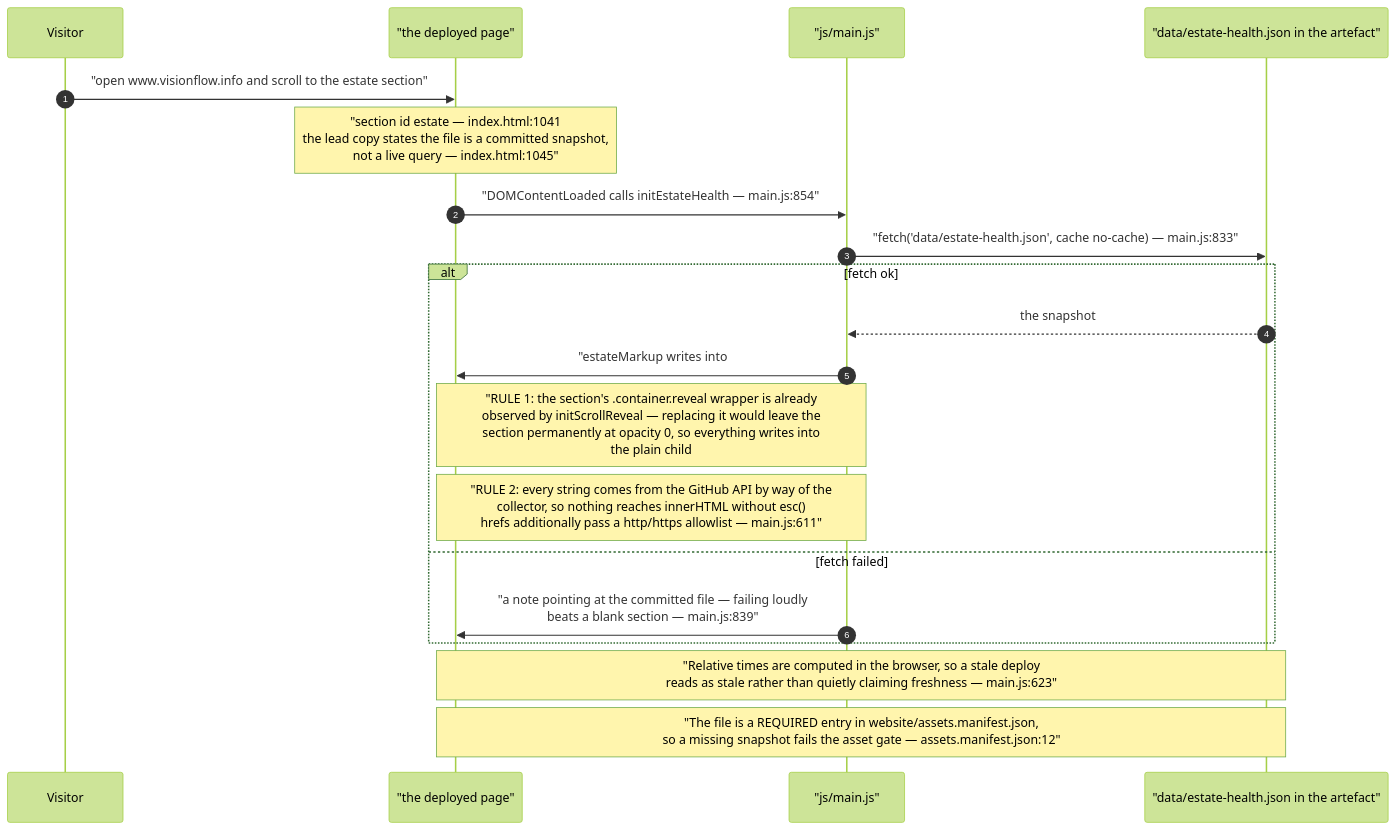
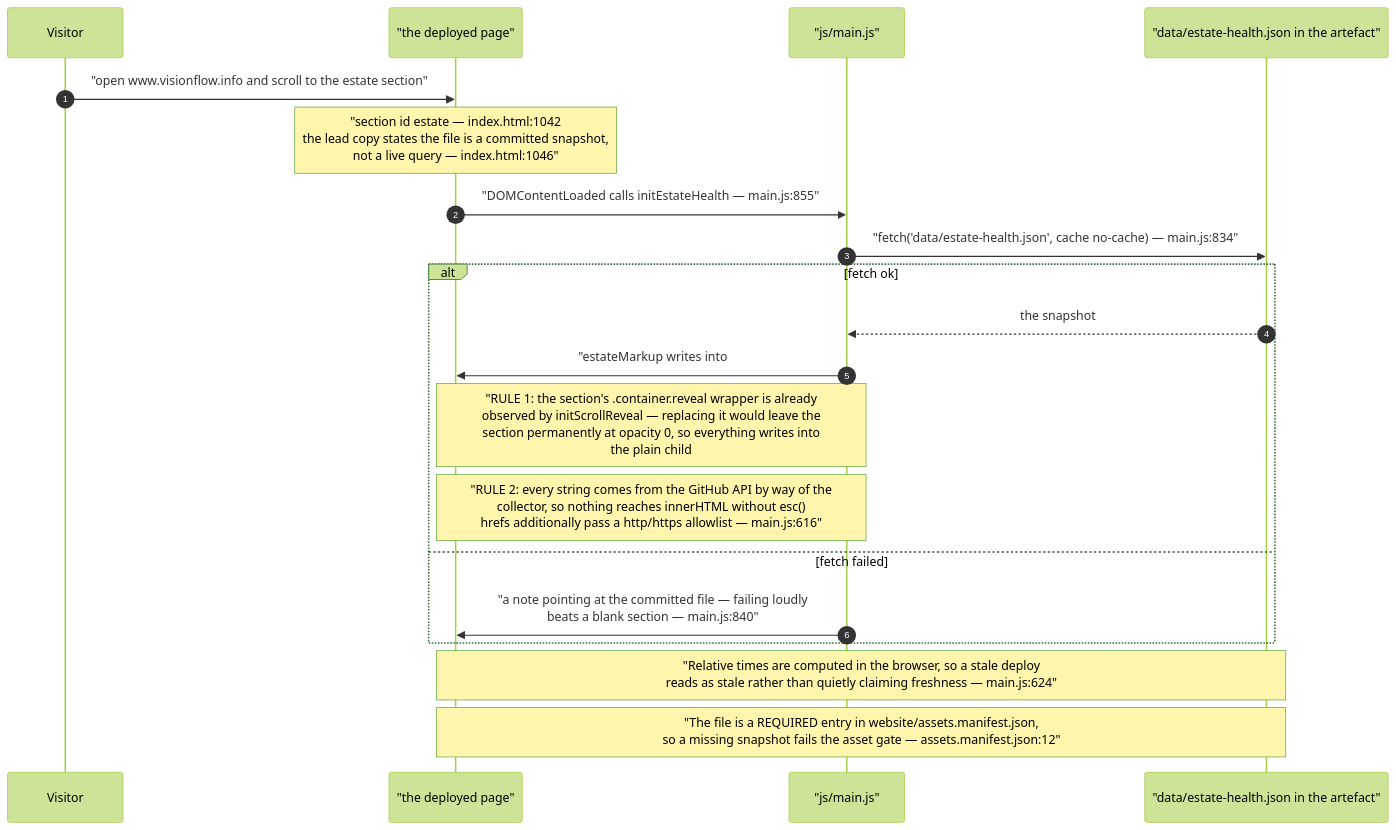
The ninth of 11 diagrams in docs/diagrams/visionflow/03-estate-health.md (DreamLab-AI/VisionFlow), drawn with Mermaid (forest theme) before and after one commit. The commit also changed other lines of this file and 7 other files, not shown here.

````diff
--- a/docs/diagrams/visionflow/03-estate-health.md
+++ b/docs/diagrams/visionflow/03-estate-health.md
@@ -267,23 +267,23 @@
 ```mermaid
 sequenceDiagram
     autonumber
     participant V as Visitor
     participant P as "the deployed page"
     participant M as "js/main.js"
     participant F as "data/estate-health.json in the artefact"
 
     V->>P: "open www.visionflow.info and scroll to the estate section"
-    Note over P: "section id estate — index.html:1041<br/>the lead copy states the file is a committed snapshot,<br/>not a live query — index.html:1045"
-    P->>M: "DOMContentLoaded calls initEstateHealth — main.js:854"
-    M->>F: "fetch('data/estate-health.json', cache no-cache) — main.js:833"
+    Note over P: "section id estate — index.html:1042<br/>the lead copy states the file is a committed snapshot,<br/>not a live query — index.html:1046"
+    P->>M: "DOMContentLoaded calls initEstateHealth — main.js:855"
+    M->>F: "fetch('data/estate-health.json', cache no-cache) — main.js:834"
     alt fetch ok
         F-->>M: the snapshot
-        M->>P: "estateMarkup writes into #estate-body — main.js:836"
-        Note over M,P: "RULE 1: the section's .container.reveal wrapper is already<br/>observed by initScrollReveal — replacing it would leave the<br/>section permanently at opacity 0, so everything writes into<br/>the plain child #estate-body — main.js:583"
-        Note over M,P: "RULE 2: every string comes from the GitHub API by way of the<br/>collector, so nothing reaches innerHTML without esc()<br/>hrefs additionally pass a http/https allowlist — main.js:611"
+        M->>P: "estateMarkup writes into #estate-body — main.js:837"
+        Note over M,P: "RULE 1: the section's .container.reveal wrapper is already<br/>observed by initScrollReveal — replacing it would leave the<br/>section permanently at opacity 0, so everything writes into<br/>the plain child #estate-body — main.js:584"
+        Note over M,P: "RULE 2: every string comes from the GitHub API by way of the<br/>collector, so nothing reaches innerHTML without esc()<br/>hrefs additionally pass a http/https allowlist — main.js:616"
     else fetch failed
-        M->>P: "a note pointing at the committed file — failing loudly<br/>beats a blank section — main.js:839"
+        M->>P: "a note pointing at the committed file — failing loudly<br/>beats a blank section — main.js:840"
     end
-    Note over P,F: "Relative times are computed in the browser, so a stale deploy<br/>reads as stale rather than quietly claiming freshness — main.js:623"
+    Note over P,F: "Relative times are computed in the browser, so a stale deploy<br/>reads as stale rather than quietly claiming freshness — main.js:624"
     Note over P,F: "The file is a REQUIRED entry in website/assets.manifest.json,<br/>so a missing snapshot fails the asset gate — assets.manifest.json:12"
 ```
````
